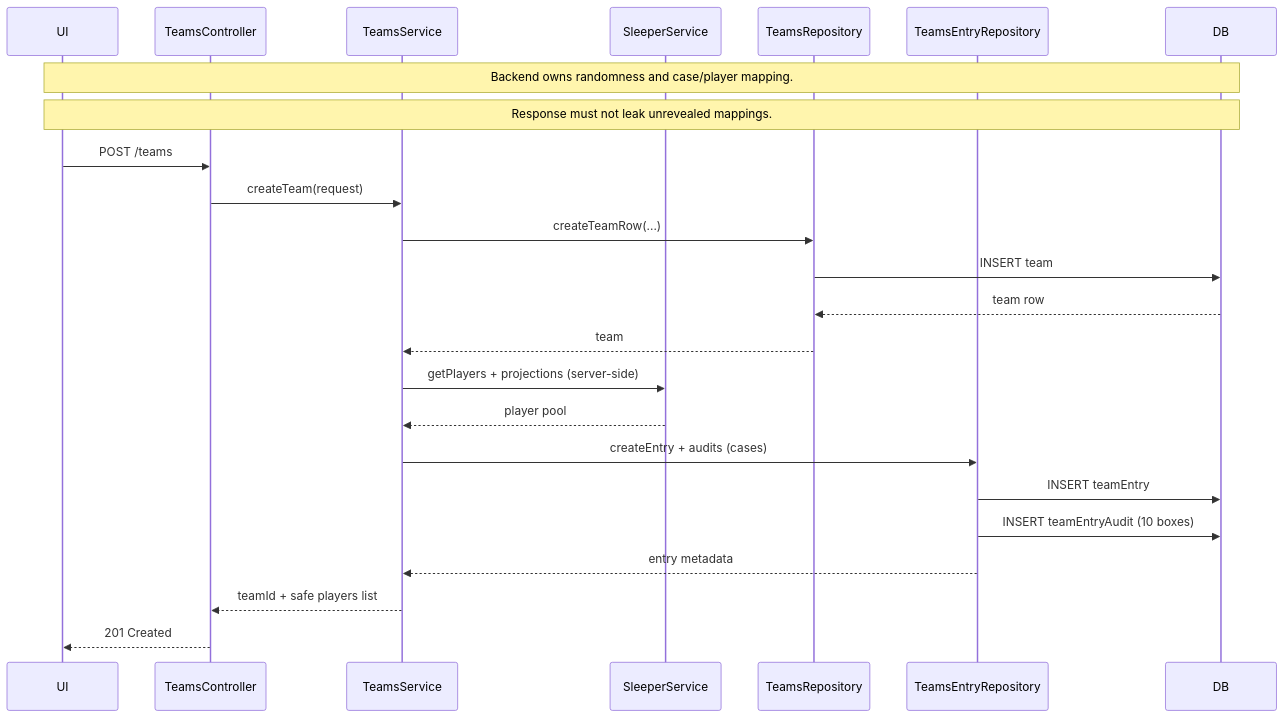
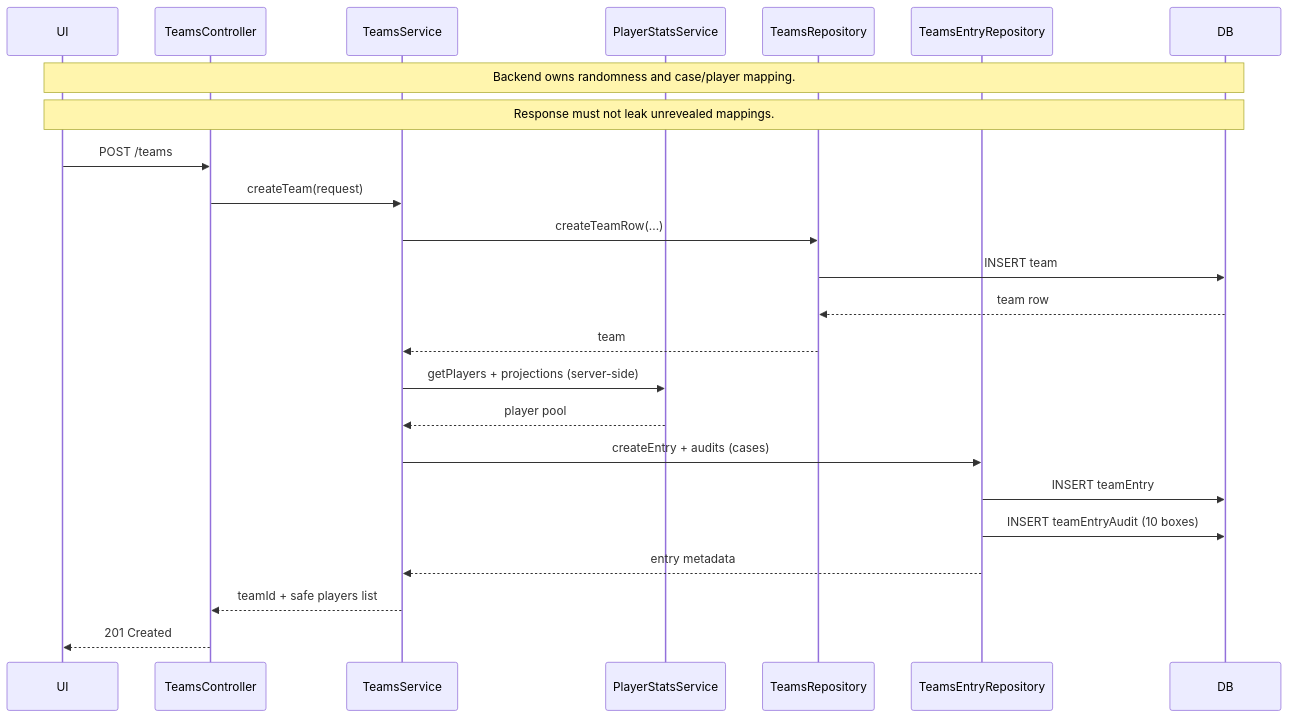
One commit to Foxsly/dondff changed the third of 12 diagrams in ai/docs/DIAGRAMS.md. Above: the diagram before and after it, drawn with Mermaid. The commit also changed other lines of this file, not shown here.

Commit message:
Updating diagrams to show usage of PlayerStatsService instead of SleeperService

````diff
--- a/ai/docs/DIAGRAMS.md
+++ b/ai/docs/DIAGRAMS.md
@@ -63,31 +63,31 @@
 ```mermaid
 sequenceDiagram
   participant UI
   participant TeamsController
   participant TeamsService
-  participant SleeperService
+  participant PlayerStatsService
   participant TeamsRepository
   participant TeamsEntryRepository
   participant DB
 
   Note over UI,DB: Backend owns randomness and case/player mapping.
   Note over UI,DB: Response must not leak unrevealed mappings.
 
   UI->>TeamsController: POST /teams
   TeamsController->>TeamsService: createTeam(request)
   TeamsService->>TeamsRepository: createTeamRow(...)
   TeamsRepository->>DB: INSERT team
   DB-->>TeamsRepository: team row
   TeamsRepository-->>TeamsService: team
 
-  TeamsService->>SleeperService: getPlayers + projections (server-side)
-  SleeperService-->>TeamsService: player pool
+  TeamsService->>PlayerStatsService: getPlayers + projections (server-side)
+  PlayerStatsService-->>TeamsService: player pool
 
   TeamsService->>TeamsEntryRepository: createEntry + audits (cases)
   TeamsEntryRepository->>DB: INSERT teamEntry
   TeamsEntryRepository->>DB: INSERT teamEntryAudit (10 boxes)
   TeamsEntryRepository-->>TeamsService: entry metadata
 
   TeamsService-->>TeamsController: teamId + safe players list
   TeamsController-->>UI: 201 Created
 ```
````
